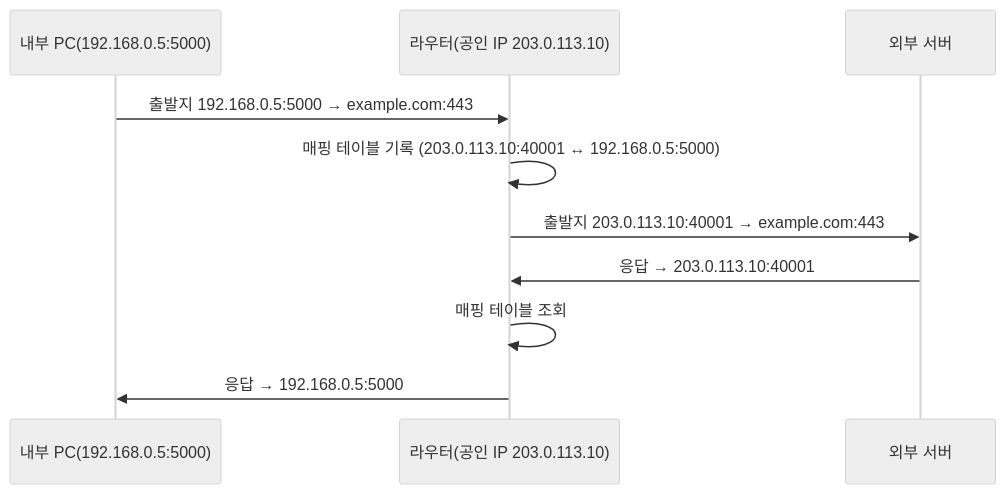
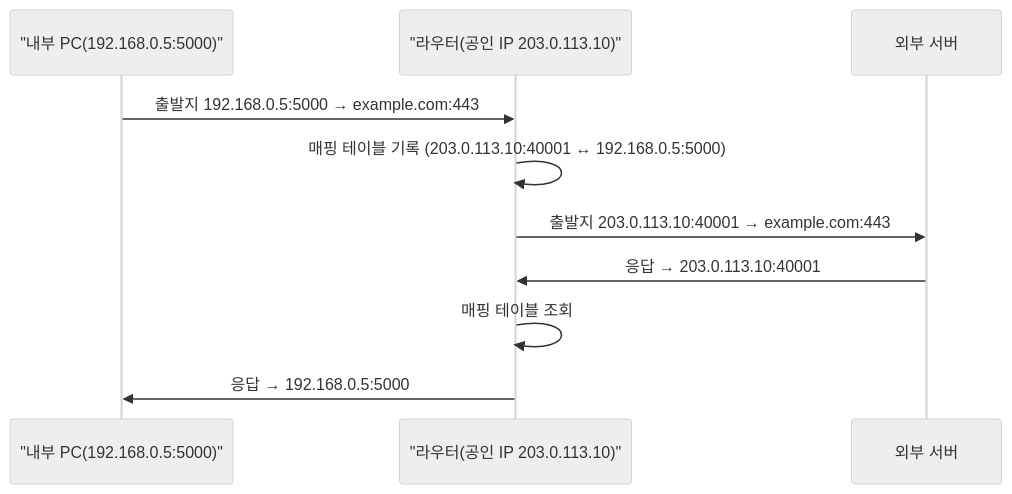
Before and after one commit to 42jerrykim/42jerrykim.github.io: the diagram in content/collection/computerterms/firewalls-and-nat/index.md, drawn with Mermaid (neutral theme). The commit also changed other lines of this file and 9 other files, not shown here.

````diff
--- a/content/collection/computerterms/firewalls-and-nat/index.md
+++ b/content/collection/computerterms/firewalls-and-nat/index.md
@@ -61,12 +61,12 @@
 ```mermaid
 sequenceDiagram
-    participant PC as 내부 PC(192.168.0.5:5000)
-    participant R as 라우터(공인 IP 203.0.113.10)
+    participant PC as "내부 PC(192.168.0.5:5000)"
+    participant R as "라우터(공인 IP 203.0.113.10)"
     participant S as 외부 서버
     PC->>R: 출발지 192.168.0.5:5000 → example.com:443
     R->>R: 매핑 테이블 기록 (203.0.113.10:40001 ↔ 192.168.0.5:5000)
     R->>S: 출발지 203.0.113.10:40001 → example.com:443
     S->>R: 응답 → 203.0.113.10:40001
     R->>R: 매핑 테이블 조회
     R->>PC: 응답 → 192.168.0.5:5000
 ```
````
